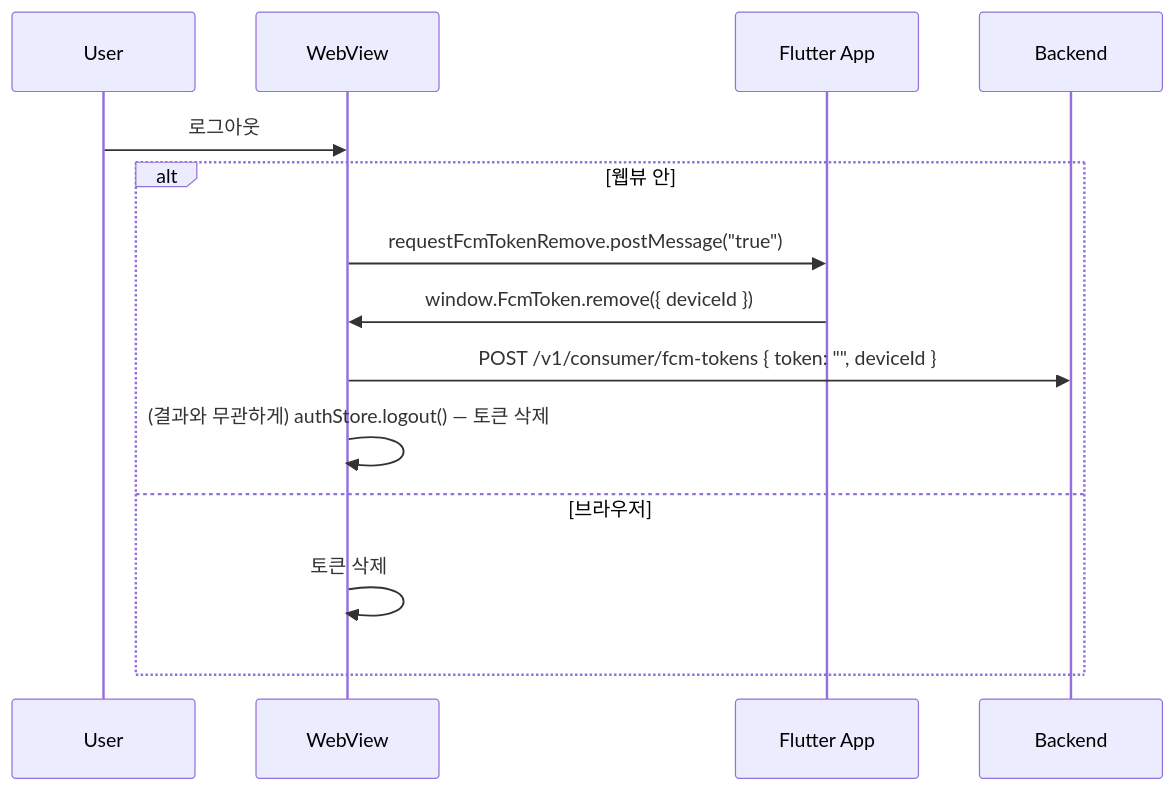
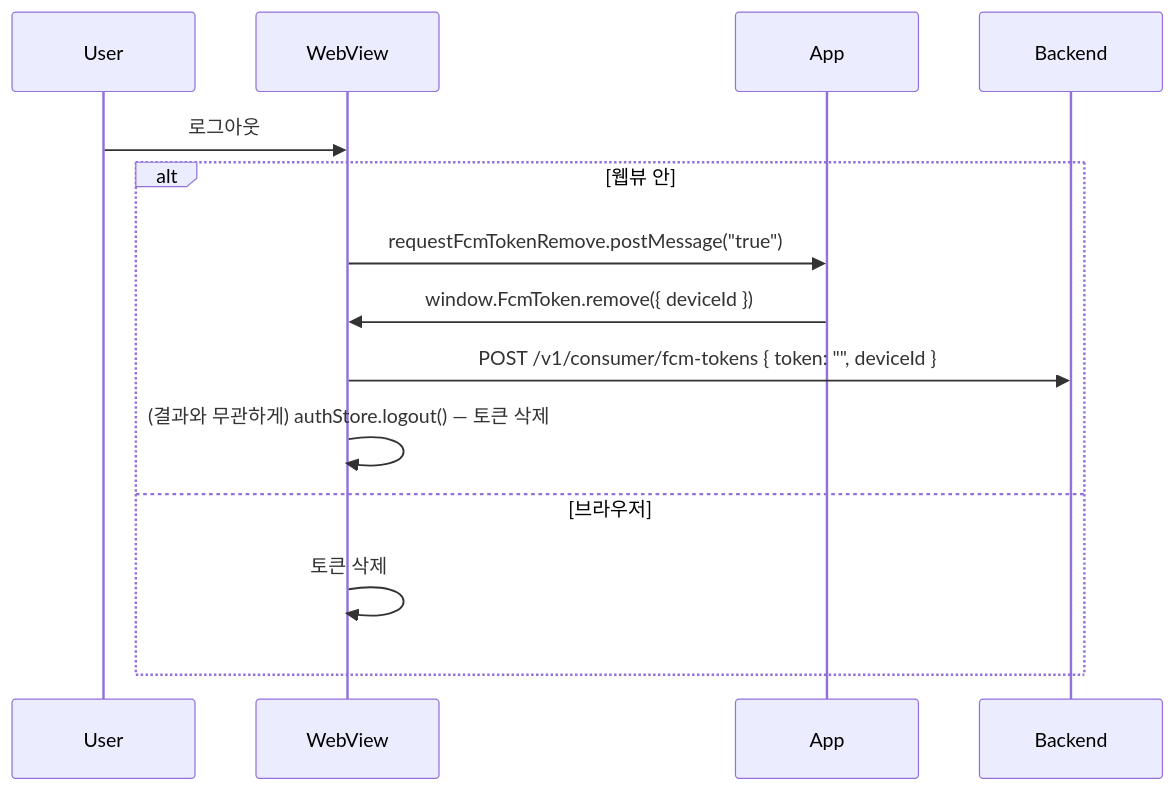
One commit to picake-team/picake-engineering-web changed the third of 3 diagrams in docs/common/feature/사용자 - 웹뷰 인증.md. Above: the diagram before and after it, drawn with Mermaid. The commit also changed other lines of this file and 11 other files, not shown here.

First line of the commit message:
[COMMON]: 앱 껍데기 설명을 Capacitor 앱 레포 기준으로 (Flutter·앱담당자 보관 → picake-engineering-app)

````diff
--- a/docs/common/feature/사용자 - 웹뷰 인증.md
+++ b/docs/common/feature/사용자 - 웹뷰 인증.md
@@ -79,17 +80,17 @@
 ```mermaid
 sequenceDiagram
     participant U as User
     participant W as WebView
-    participant F as Flutter App
+    participant F as App
     participant B as Backend
 
     U->>W: 로그아웃
     alt 웹뷰 안
         W->>F: requestFcmTokenRemove.postMessage("true")
         F->>W: window.FcmToken.remove({ deviceId })
         W->>B: POST /v1/consumer/fcm-tokens { token: "", deviceId }
         W->>W: (결과와 무관하게) authStore.logout() — 토큰 삭제
     else 브라우저
         W->>W: 토큰 삭제
     end
 ```
````
